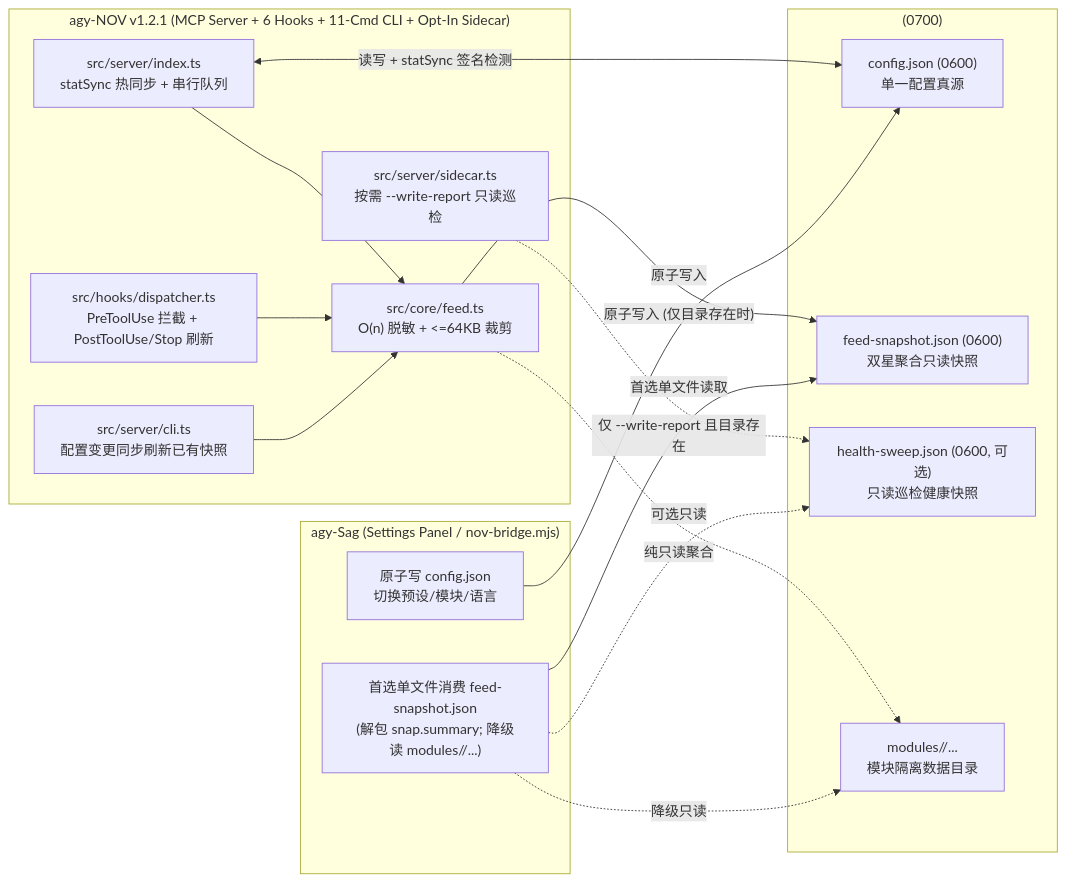
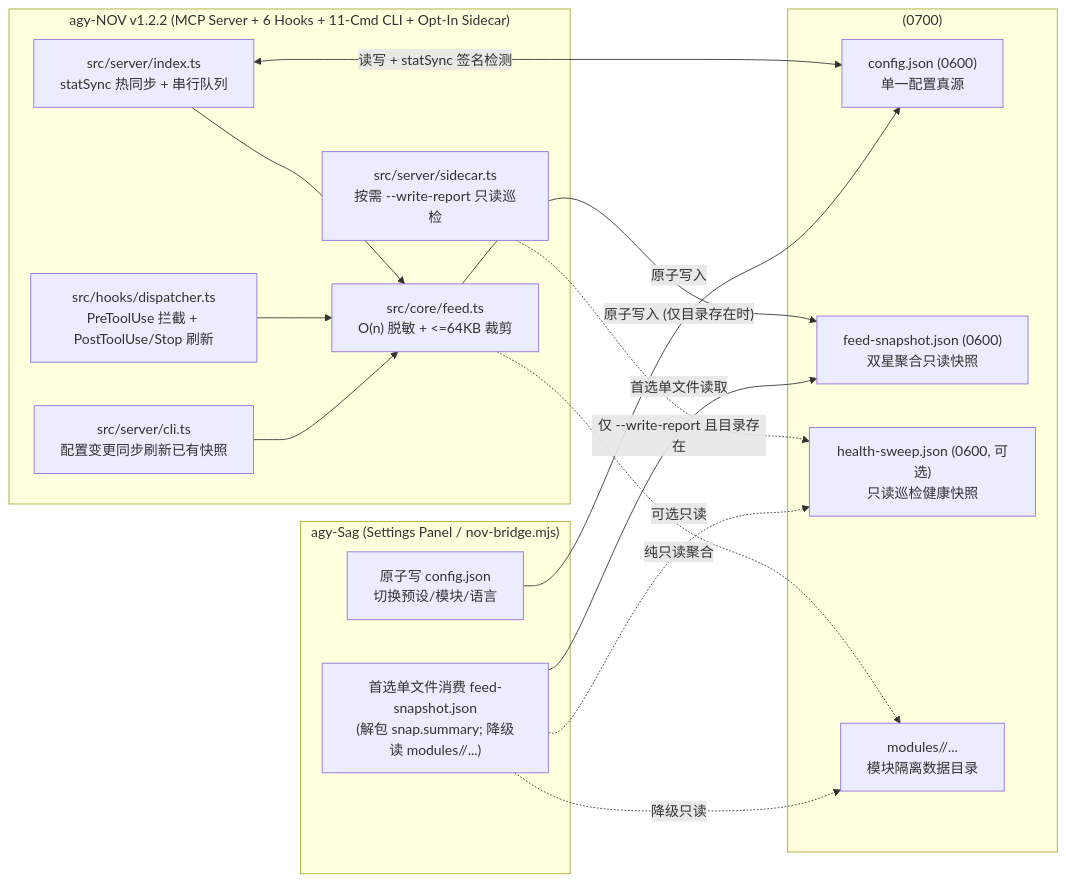
Before and after one commit to tone-leh/agy-NOV: the diagram in docs/DUAL-STAR-CONTRACT.md, drawn with Mermaid. The commit also changed other lines of this file and 96 other files, not shown here.

````diff
--- a/docs/DUAL-STAR-CONTRACT.md
+++ b/docs/DUAL-STAR-CONTRACT.md
@@ -14,34 +14,34 @@
 ```mermaid
 flowchart LR
-  subgraph NOV["agy-NOV v1.2.1 (MCP Server + 6 Hooks + 11-Cmd CLI + Opt-In Sidecar)"]
+  subgraph NOV["agy-NOV v1.2.2 (MCP Server + 6 Hooks + 11-Cmd CLI + Opt-In Sidecar)"]
     S["src/server/index.ts\nstatSync 热同步 + 串行队列"]
     H["src/hooks/dispatcher.ts\nPreToolUse 拦截 + PostToolUse/Stop 刷新"]
     C["src/server/cli.ts\n配置变更同步刷新已有快照"]
     SC["src/server/sidecar.ts\n按需 --write-report 只读巡检"]
     F["src/core/feed.ts\nO(n) 脱敏 + <=64KB 裁剪"]
     S --> F
     H --> F
     C --> F
   end
 
   subgraph FS["<NOV_DATA_DIR> (0700)"]
     CFG["config.json (0600)\n单一配置真源"]
     FEED["feed-snapshot.json (0600)\n双星聚合只读快照"]
     SWEEP["health-sweep.json (0600, 可选)\n只读巡检健康快照"]
     MODS["modules/<moduleId>/...\n模块隔离数据目录"]
   end
 
   subgraph SAG["agy-Sag (Settings Panel / nov-bridge.mjs)"]
     CTRL["原子写 config.json\n切换预设/模块/语言"]
     READ["首选单文件消费 feed-snapshot.json\n(解包 snap.summary; 降级读 modules/<id>/...)"]
   end
 
   S <-->|"读写 + statSync 签名检测"| CFG
   F -->|"原子写入 (仅目录存在时)"| FEED
   SC -.->|"仅 --write-report 且目录存在"| SWEEP
   F -.->|"纯只读聚合"| MODS
   CTRL -->|"原子写入"| CFG
   READ -->|"首选单文件读取"| FEED
   READ -.->|"可选只读"| SWEEP
   READ -.->|"降级只读"| MODS
 ```
````
